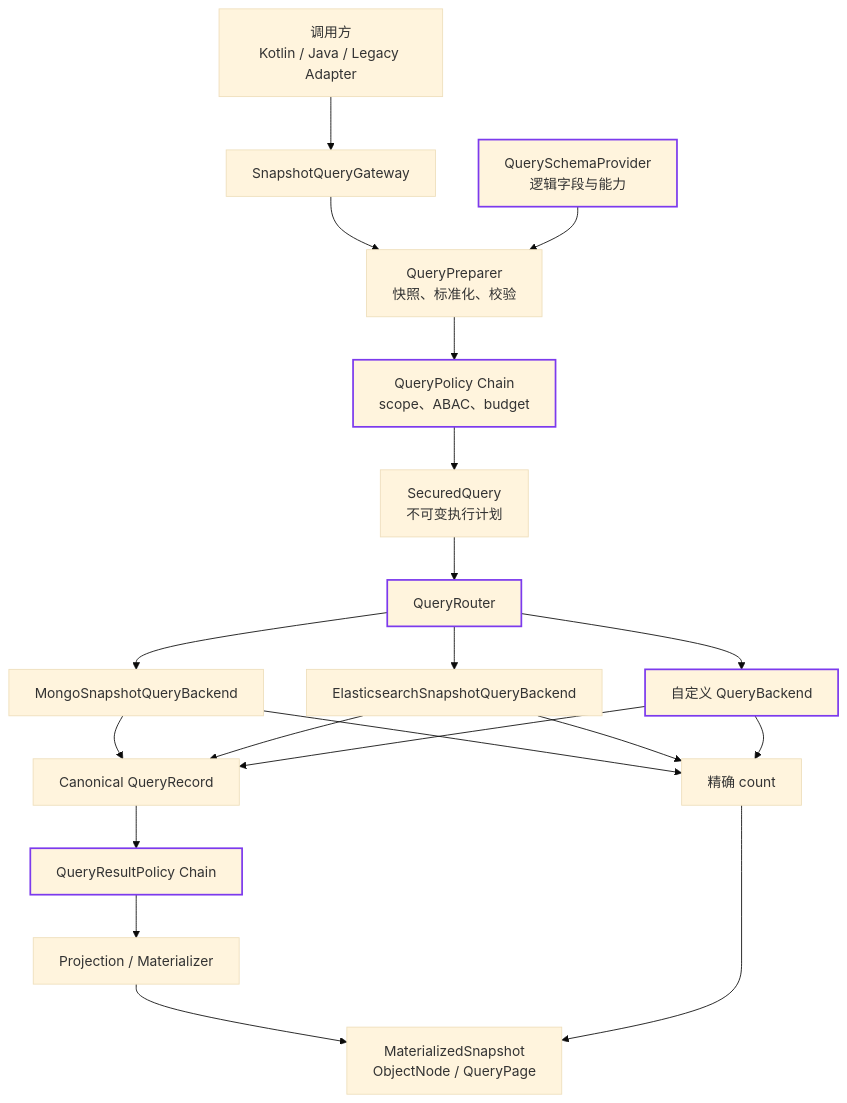
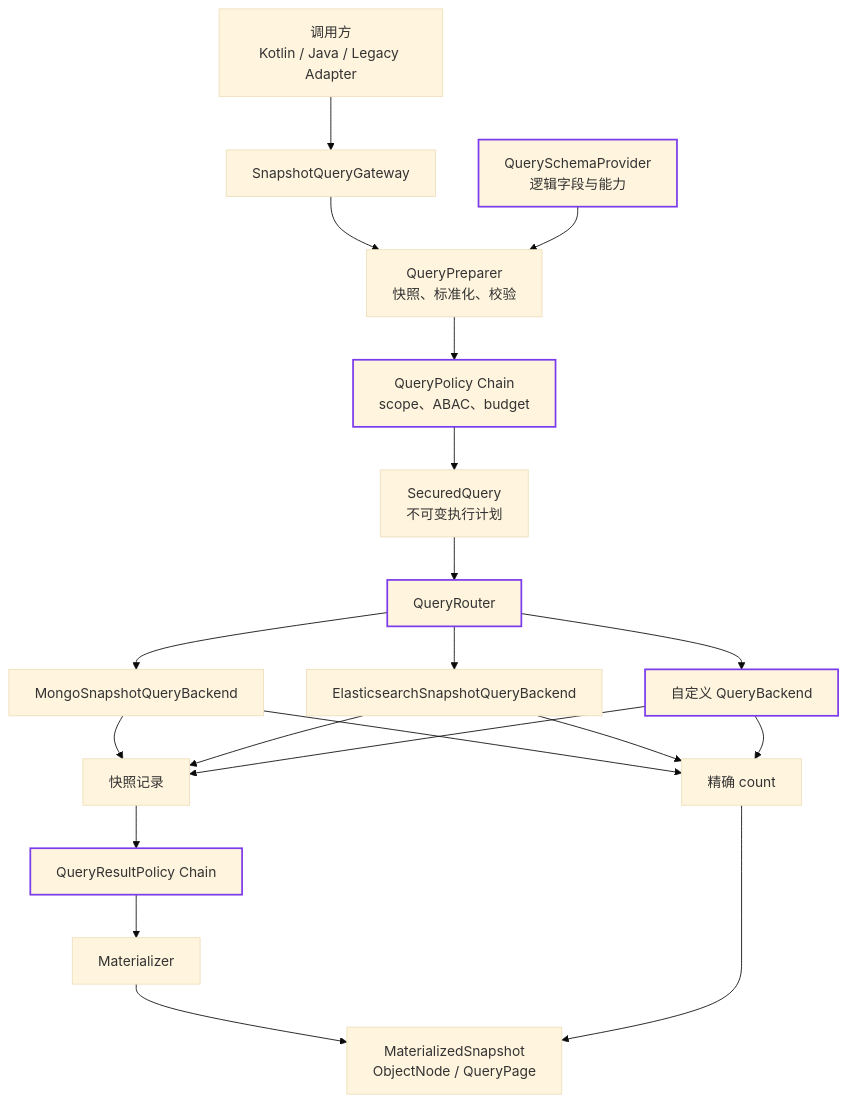
One commit to Ahoo-Wang/Wow changed the first of 2 diagrams in documentation/docs/zh/guide/snapshot-query-gateway.md. Above: the diagram before and after it, drawn with Mermaid (base theme). The commit also changed other lines of this file and 18 other files, not shown here.

````diff
--- a/documentation/docs/zh/guide/snapshot-query-gateway.md
+++ b/documentation/docs/zh/guide/snapshot-query-gateway.md
@@ -40,25 +40,25 @@
 ```mermaid
 flowchart TB
     Caller["调用方<br/>Kotlin / Java / Legacy Adapter"] --> Gateway["SnapshotQueryGateway"]
     Gateway --> Prepare["QueryPreparer<br/>快照、标准化、校验"]
     Schema["QuerySchemaProvider<br/>逻辑字段与能力"] --> Prepare
     Prepare --> Policy["QueryPolicy Chain<br/>scope、ABAC、budget"]
     Policy --> Secured["SecuredQuery<br/>不可变执行计划"]
     Secured --> Router["QueryRouter"]
     Router --> Mongo["MongoSnapshotQueryBackend"]
     Router --> ES["ElasticsearchSnapshotQueryBackend"]
     Router --> Custom["自定义 QueryBackend"]
-    Mongo --> Record["Canonical QueryRecord"]
+    Mongo --> Record["快照记录"]
     ES --> Record
     Custom --> Record
     Mongo --> Count["精确 count"]
     ES --> Count
     Custom --> Count
     Record --> Result["QueryResultPolicy Chain"]
-    Result --> Materialize["Projection / Materializer"]
+    Result --> Materialize["Materializer"]
     Materialize --> Output["MaterializedSnapshot<br/>ObjectNode / QueryPage"]
     Count --> Output
 
     classDef extension stroke:#7c3aed,stroke-width:2px
     class Schema,Policy,Router,Custom,Result extension
 ```
````
